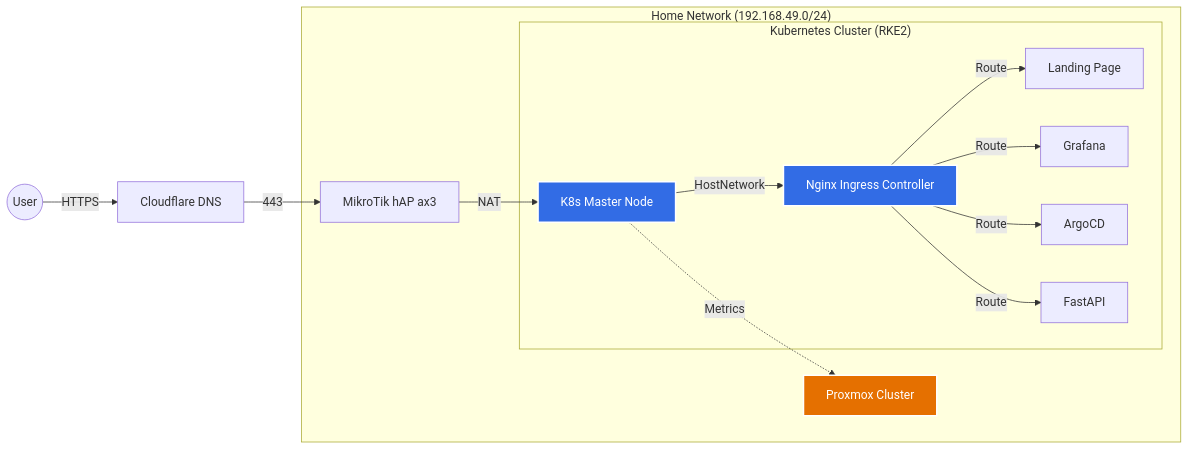
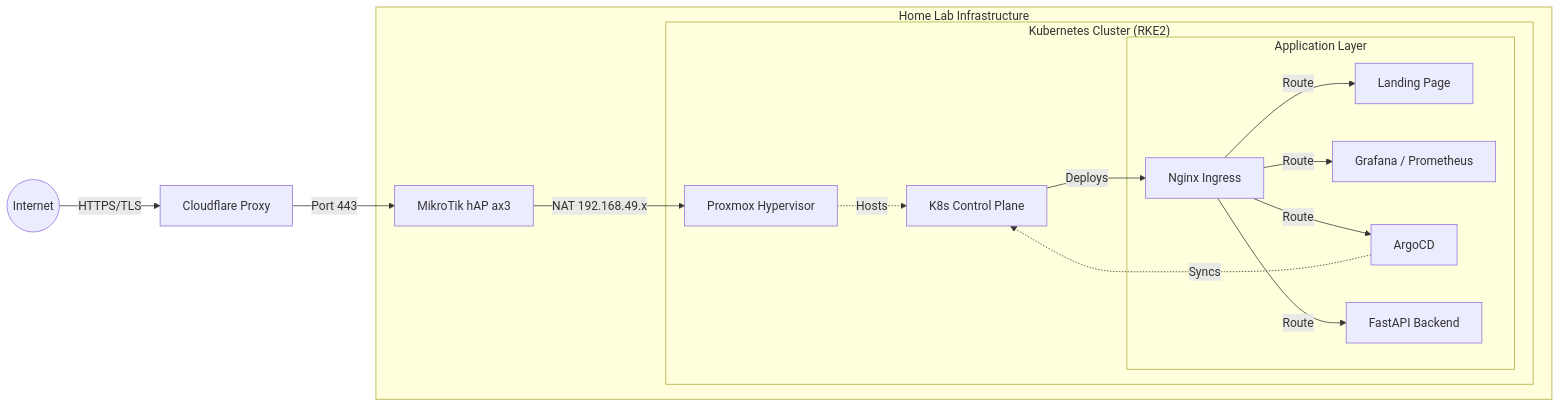
One commit to joshdarcy/Homelab changed the diagram in README.md. Above: the diagram before and after it, drawn with Mermaid. The commit also changed other lines of this file, not shown here.

Commit message:
Updating README to include some new info and updated Mermaid.js diagram

````diff
--- a/README.md
+++ b/README.md
@@ -30,28 +30,26 @@
 ```mermaid
 graph LR
-    %% Styles
-    classDef cloud fill:#f9f9f9,stroke:#333,stroke-width:2px;
-    classDef k8s fill:#326ce5,stroke:#fff,stroke-width:2px,color:#fff;
-    classDef hw fill:#E57000,stroke:#fff,stroke-width:2px,color:#fff;
+    User((Internet)) -->|HTTPS/TLS| CF[Cloudflare Proxy]:::cloud
+    CF -->|Port 443| Router[MikroTik hAP ax3]:::net
 
-    Internet((User)) -->|HTTPS| CF[Cloudflare DNS]
-    CF -->|443| Router[MikroTik hAP ax3]
-    
-    subgraph "Home Network (192.168.49.0/24)"
-        Router -->|NAT| Master[K8s Master Node]:::k8s
+    %% --- Infrastructure Layer ---
+    subgraph "Home Lab Infrastructure"
+        Router -->|NAT 192.168.49.x| Metal[Proxmox Hypervisor]:::hw
         
         subgraph "Kubernetes Cluster (RKE2)"
-            Master -->|HostNetwork| Ingress[Nginx Ingress Controller]:::k8s
-            Ingress -->|Route| Landing[Landing Page]
-            Ingress -->|Route| Grafana[Grafana]
-            Ingress -->|Route| Argo[ArgoCD]
-	    Ingress -->|Route| API[FastAPI]
+            Metal -.->|Hosts| K8sMaster[K8s Control Plane]:::k8s
+            
+            K8sMaster -->|Deploys| Ingress[Nginx Ingress]:::k8s
+            
+            subgraph "Application Layer"
+                Ingress -->|Route| Landing[Landing Page]:::app
+                Ingress -->|Route| Obs[Grafana / Prometheus]:::app
+                Ingress -->|Route| GitOps[ArgoCD]:::app
+                Ingress -->|Route| API[FastAPI Backend]:::app
+            end
         end
-        
-        Master -.->|Metrics| Proxmox[Proxmox Cluster]:::hw
     end
 
-    %% Legend
-    class Master,Ingress k8s
-    class Proxmox hw
+    %% --- Data Flow / Logic ---
+    GitOps -.->|Syncs| K8sMaster
 ```
````
